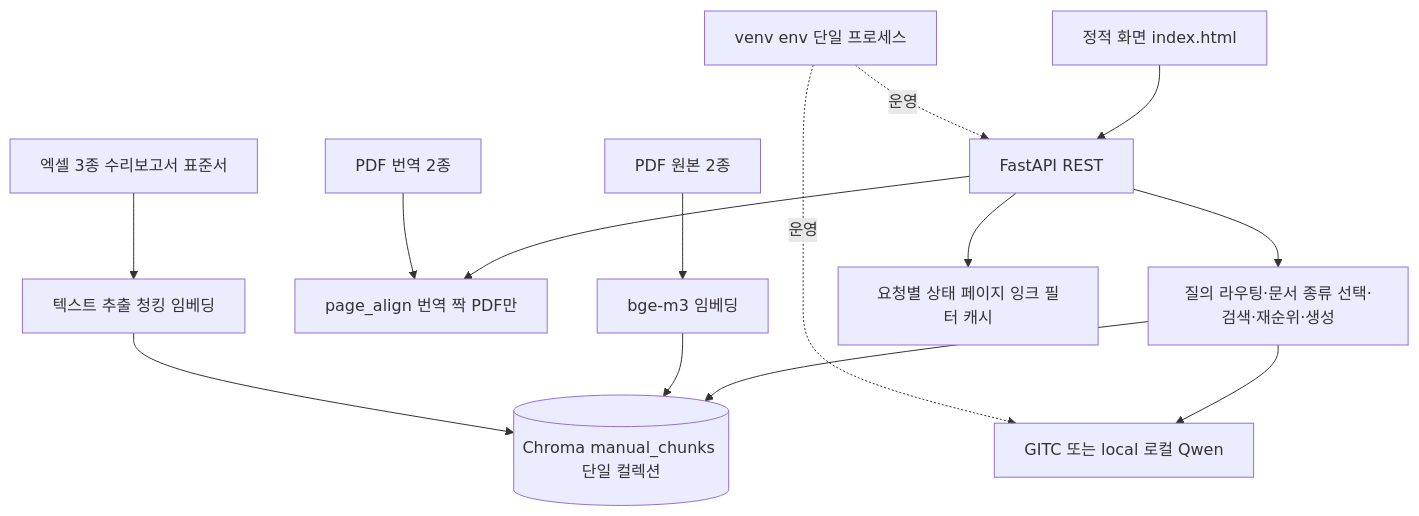
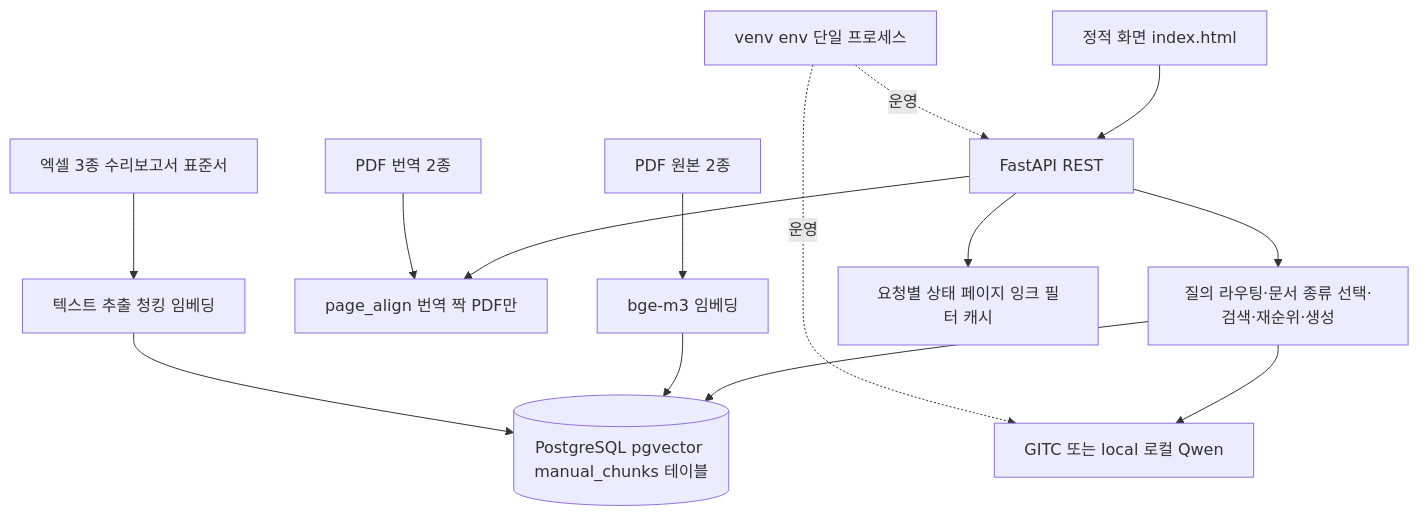
One commit to cho1203/chatbot-work changed the first of 4 diagrams in docs/DEVELOPER_GUIDE_5.md. Above: the diagram before and after it, drawn with Mermaid. The commit also changed other lines of this file and 1 other file, not shown here.

````diff
--- a/docs/DEVELOPER_GUIDE_5.md
+++ b/docs/DEVELOPER_GUIDE_5.md
@@ -29,19 +29,19 @@
 ```mermaid
 flowchart TB
   U["정적 화면 index.html"] --> A["FastAPI REST"]
   A --> R["질의 라우팅·문서 종류 선택·검색·재순위·생성"]
-  R --> V[("Chroma manual_chunks 단일 컬렉션")]
+  R --> V[("PostgreSQL pgvector manual_chunks 테이블")]
   R --> G["GITC 또는 local 로컬 Qwen"]
   A --> P["page_align 번역 짝 PDF만"]
 
   PDF["PDF 원본 2종"] --> PDFE["bge-m3 임베딩"]
   PDF2["PDF 번역 2종"] --> P
   EXCEL["엑셀 3종 수리보고서 표준서"] --> EXCE["텍스트 추출 청킹 임베딩"]
 
   PDFE --> V
   EXCE --> V
 
   A --> M["요청별 상태 페이지 잉크 필터 캐시"]
   S["venv env 단일 프로세스"] -. 운영 .-> A
   S -. 운영 .-> G
 ```
````
